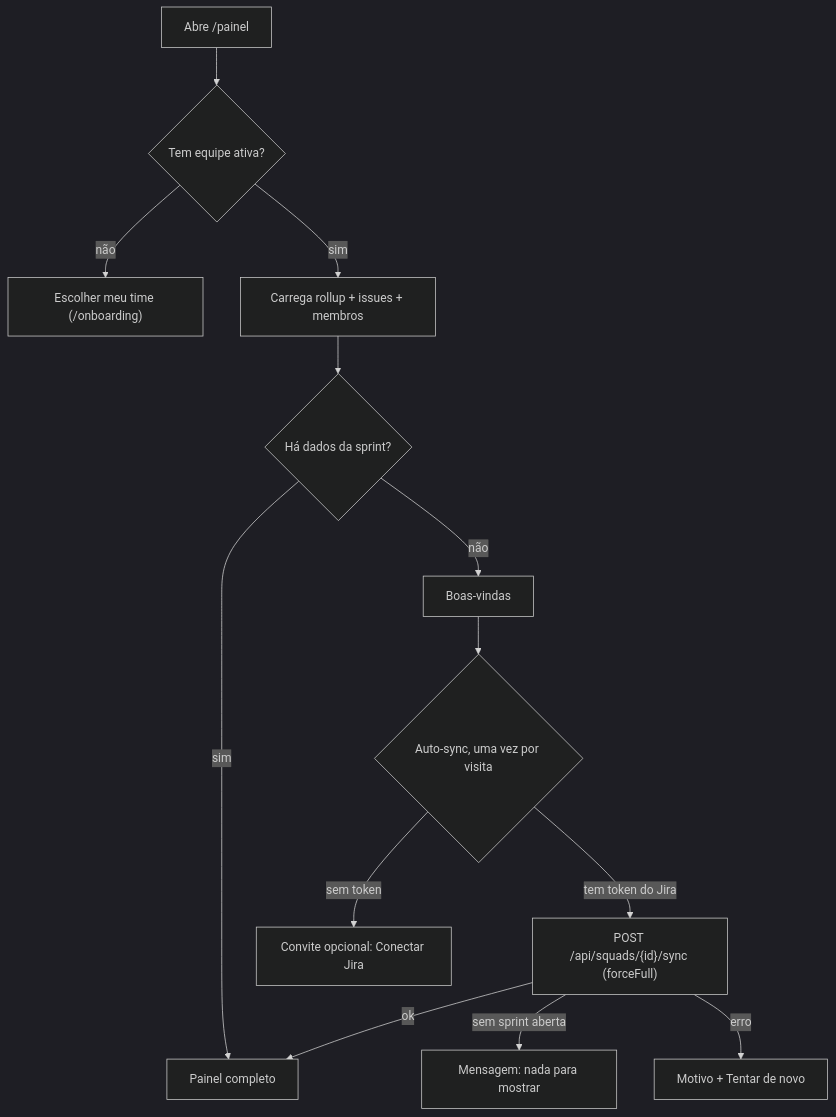
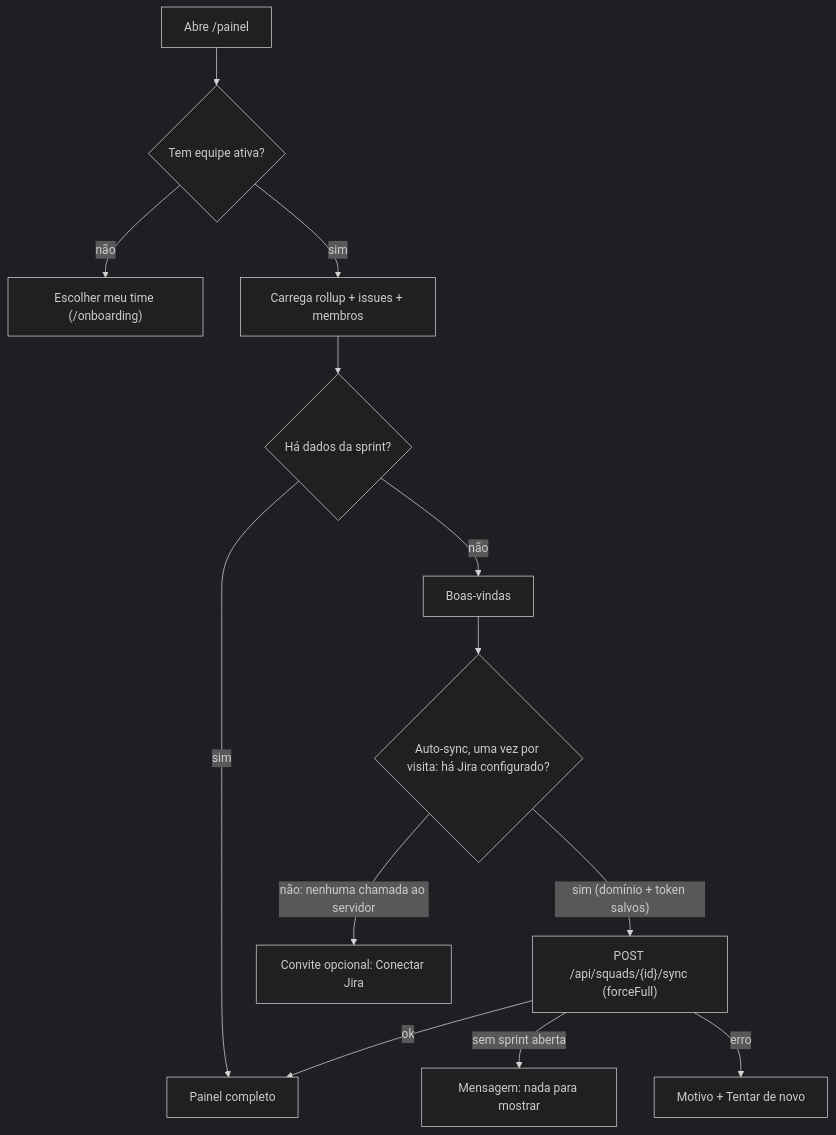
One commit to wanderalvess/agile-space-frontend changed the diagram in docs/fluxos/painel.md. Above: the diagram before and after it, drawn with Mermaid (dark theme). The commit also changed other lines of this file and 14 other files, not shown here.

First line of the commit message:
fix(painel,jiradash,governança): sync só com Jira configurado, aviso de consulta sem sprint, texto de governança fiel ao código; changelog 4.22.7

````diff
--- a/docs/fluxos/painel.md
+++ b/docs/fluxos/painel.md
@@ -21,15 +21,15 @@
 ```mermaid
 flowchart TD
     A[Abre /painel] --> B{Tem equipe ativa?}
     B -- não --> C["Escolher meu time (/onboarding)"]
     B -- sim --> D[Carrega rollup + issues + membros]
     D --> E{Há dados da sprint?}
     E -- sim --> F[Painel completo]
     E -- não --> G[Boas-vindas]
-    G --> H{Auto-sync, uma vez por visita}
-    H -- "tem token do Jira" --> I["POST /api/squads/{id}/sync (forceFull)"]
-    H -- "sem token" --> J[Convite opcional: Conectar Jira]
+    G --> H{"Auto-sync, uma vez por visita: há Jira configurado?"}
+    H -- "sim (domínio + token salvos)" --> I["POST /api/squads/{id}/sync (forceFull)"]
+    H -- "não: nenhuma chamada ao servidor" --> J[Convite opcional: Conectar Jira]
     I -- ok --> F
     I -- "sem sprint aberta" --> K[Mensagem: nada para mostrar]
     I -- erro --> L[Motivo + Tentar de novo]
 ```
````
